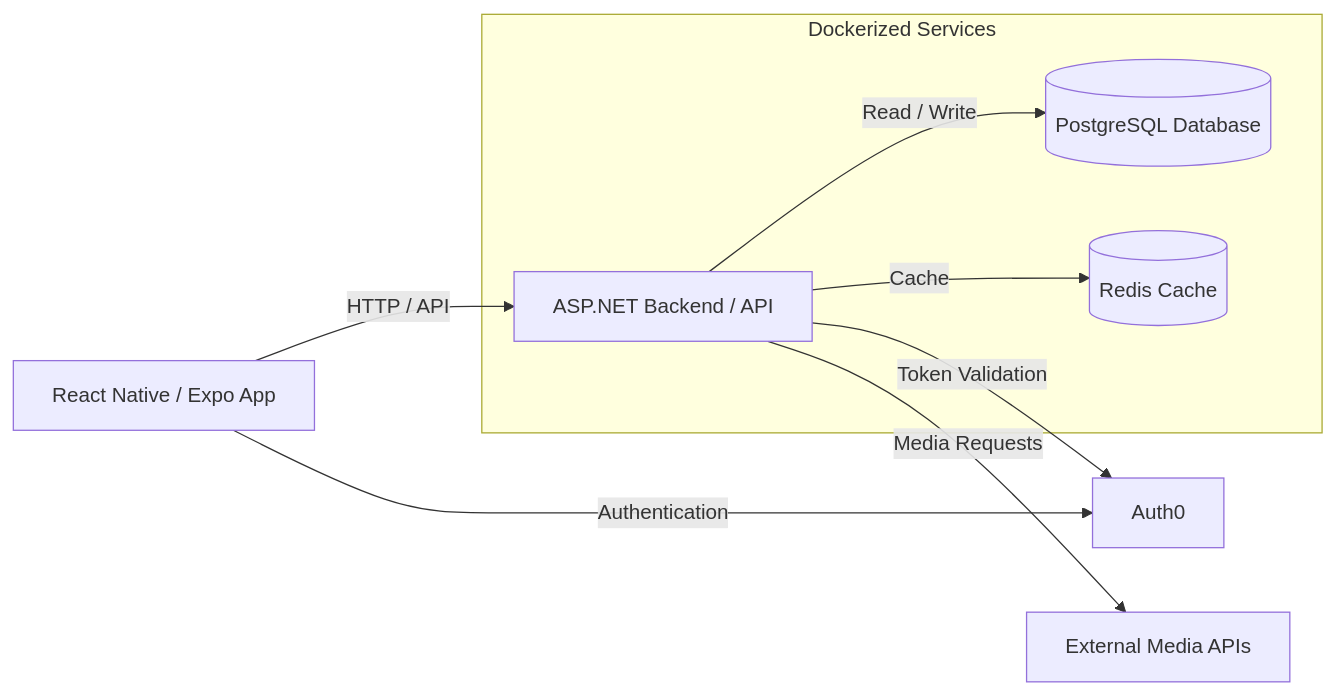
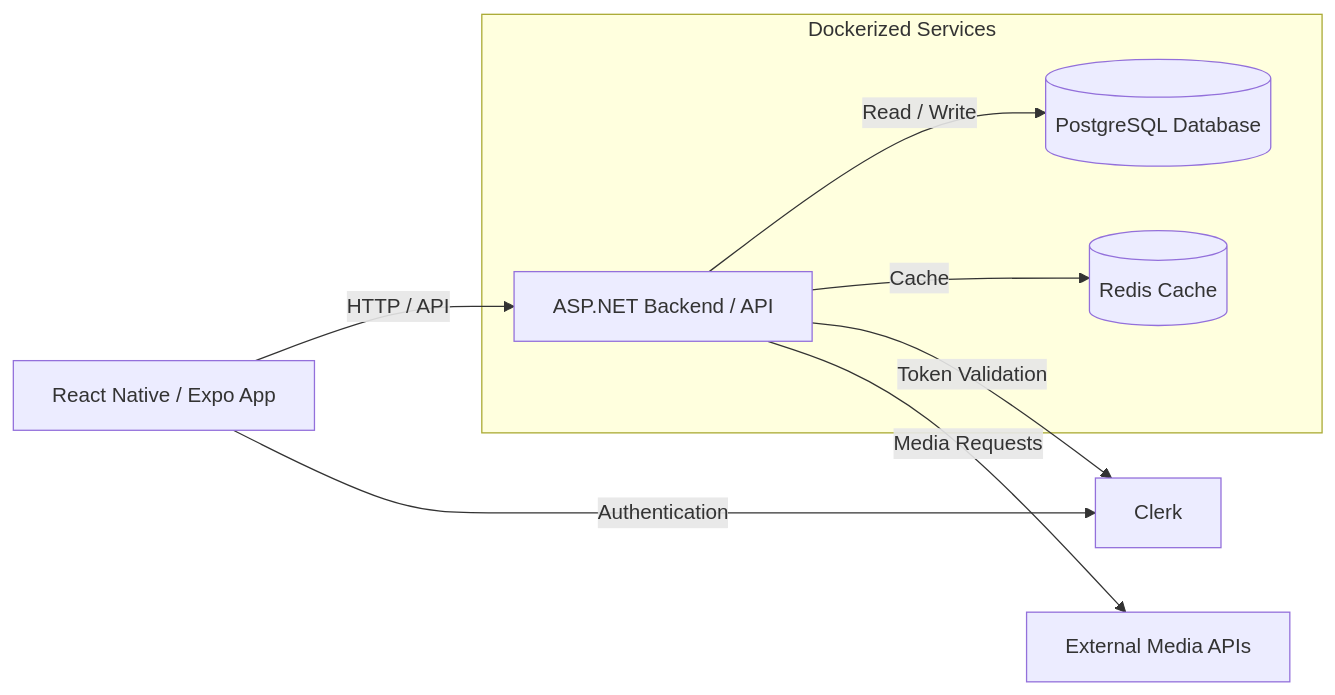
One commit to ArionKennedy/COMP4350Project changed the diagram in Docs/architecture.md. Above: the diagram before and after it, drawn with Mermaid. The commit also changed other lines of this file and 21 other files, not shown here.

Commit message:
Created the backend for the authentication to communicate with the database (Still need to update the database table and varibale names from auth0 to clerk)

````diff
--- a/Docs/architecture.md
+++ b/Docs/architecture.md
@@ -9,20 +9,20 @@
 ```mermaid
 flowchart LR
     A[React Native / Expo App]
 
     subgraph Docker["Dockerized Services"]
         B[ASP.NET Backend / API]
         C[(PostgreSQL Database)]
         D[(Redis Cache)]
     end
 
-    E[Auth0]
+    E[Clerk]
     F[External Media APIs]
 
     A -->|HTTP / API| B
     B -->|Read / Write| C
     B -->|Cache| D
     A -->|Authentication| E
     B -->|Token Validation| E
     B -->|Media Requests| F
 ```
````
